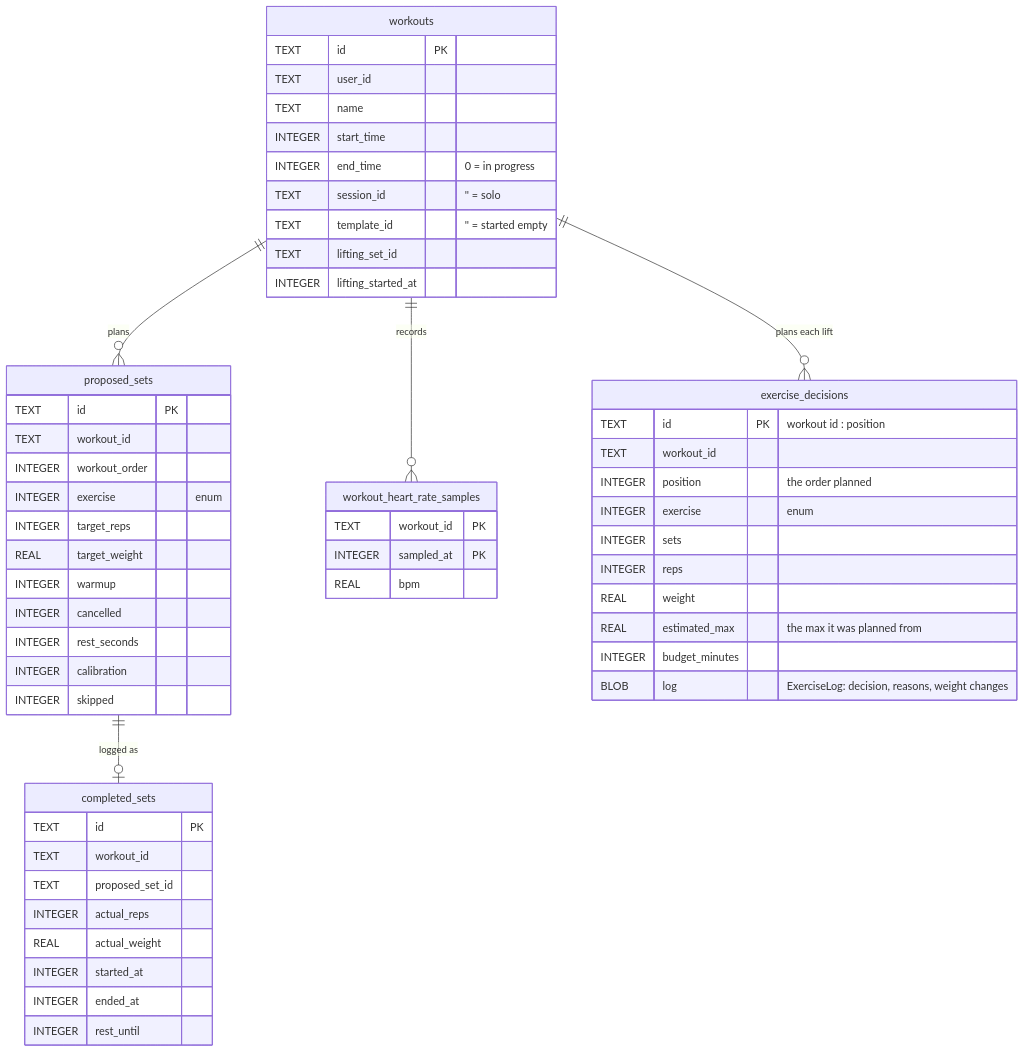
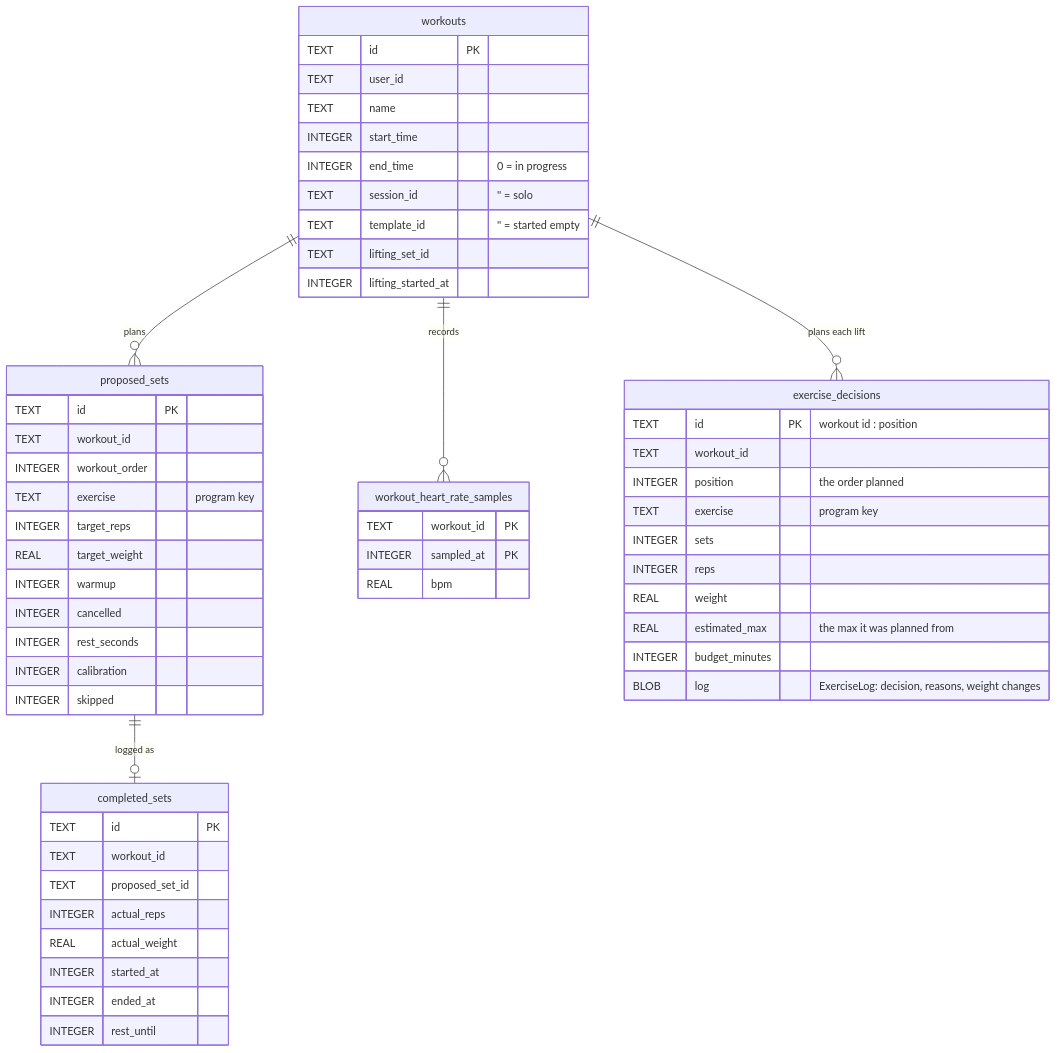
One commit to brensch/lift changed the second of 3 diagrams in docs/architecture/data-model.md. Above: the diagram before and after it, drawn with Mermaid. The commit also changed other lines of this file and 8 other files, not shown here.

First line of the commit message:
Docs: the architecture as built on programs

````diff
--- a/docs/architecture/data-model.md
+++ b/docs/architecture/data-model.md
@@ -66,59 +73,59 @@
 ```mermaid
 erDiagram
     workouts ||--o{ proposed_sets : "plans"
     proposed_sets ||--o| completed_sets : "logged as"
     workouts ||--o{ workout_heart_rate_samples : "records"
     workouts ||--o{ exercise_decisions : "plans each lift"
 
     workouts {
         TEXT id PK
         TEXT user_id
         TEXT name
         INTEGER start_time
         INTEGER end_time "0 = in progress"
         TEXT session_id "'' = solo"
         TEXT template_id "'' = started empty"
         TEXT lifting_set_id
         INTEGER lifting_started_at
     }
     proposed_sets {
         TEXT id PK
         TEXT workout_id
         INTEGER workout_order
-        INTEGER exercise "enum"
+        TEXT exercise "program key"
         INTEGER target_reps
         REAL target_weight
         INTEGER warmup
         INTEGER cancelled
         INTEGER rest_seconds
         INTEGER calibration
         INTEGER skipped
     }
     completed_sets {
         TEXT id PK
         TEXT workout_id
         TEXT proposed_set_id
         INTEGER actual_reps
         REAL actual_weight
         INTEGER started_at
         INTEGER ended_at
         INTEGER rest_until
     }
     workout_heart_rate_samples {
         TEXT workout_id PK
         INTEGER sampled_at PK
         REAL bpm
     }
     exercise_decisions {
         TEXT id PK "workout id : position"
         TEXT workout_id
         INTEGER position "the order planned"
-        INTEGER exercise "enum"
+        TEXT exercise "program key"
         INTEGER sets
         INTEGER reps
         REAL weight
         REAL estimated_max "the max it was planned from"
         INTEGER budget_minutes
         BLOB log "ExerciseLog: decision, reasons, weight changes"
     }
 ```
````
